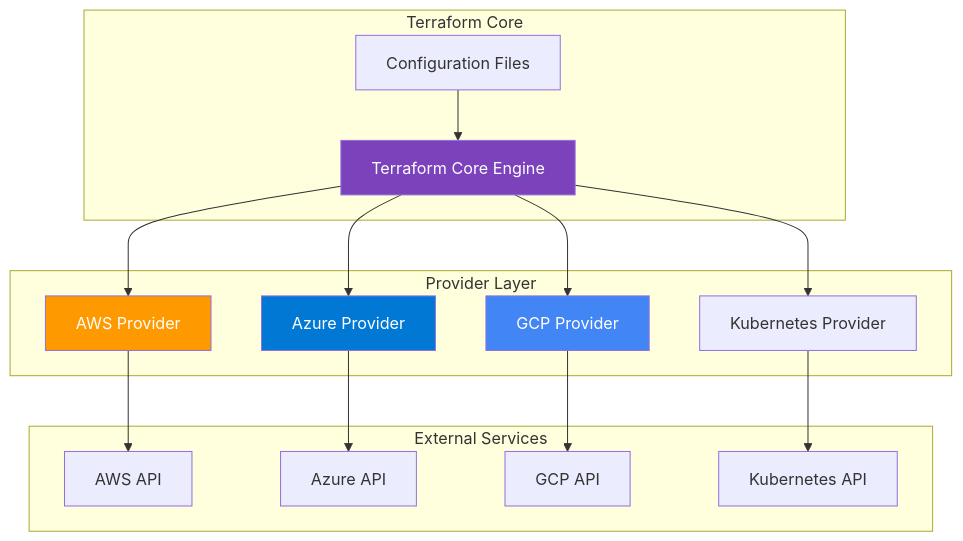
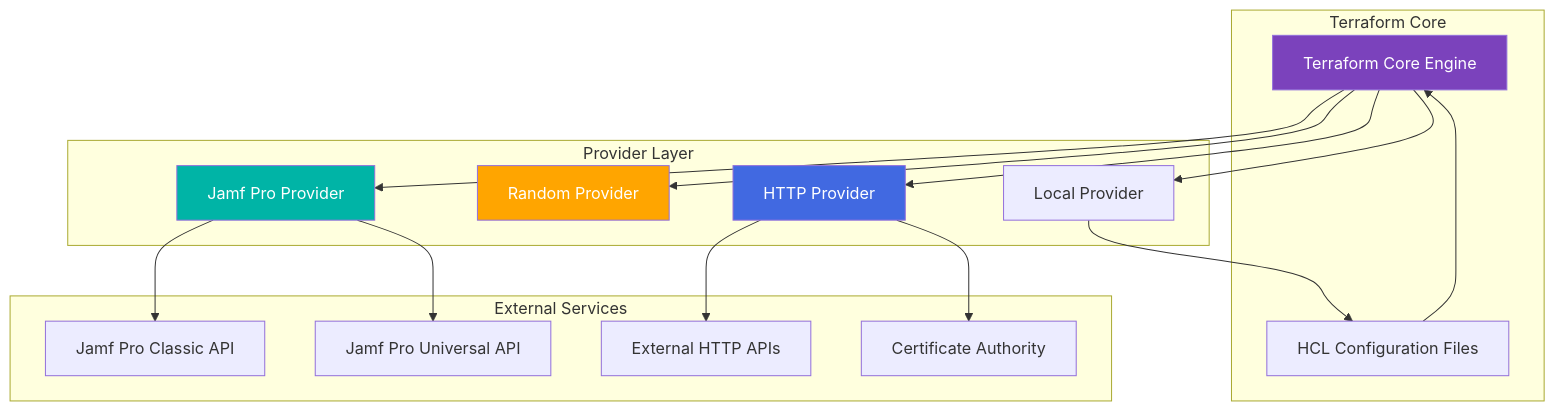
One commit to simondbrooke/terraform-training-jamfpro changed the diagram in training_materials/terraform/module_06_terraform_providers.md. Above: the diagram before and after it, drawn with Mermaid. The commit also changed other lines of this file and 1 other file, not shown here.

````diff
--- a/training_materials/terraform/module_06_terraform_providers.md
+++ b/training_materials/terraform/module_06_terraform_providers.md
@@ -31,37 +31,38 @@
 ```mermaid
 graph TB
     subgraph "Terraform Core"
         TC[Terraform Core Engine]
-        Config[Configuration Files]
+        Config[HCL Configuration Files]
     end
     
     subgraph "Provider Layer"
-        AWS[AWS Provider]
-        Azure[Azure Provider]
-        GCP[GCP Provider]
-        K8s[Kubernetes Provider]
+        JamfPro[Jamf Pro Provider]
+        Random[Random Provider]
+        HTTP[HTTP Provider]
+        Local[Local Provider]
     end
     
     subgraph "External Services"
-        AWSAPI[AWS API]
-        AzureAPI[Azure API]
-        GCPAPI[GCP API]
-        K8sAPI[Kubernetes API]
+        JamfAPI[Jamf Pro Classic API]
+        JamfUAPI[Jamf Pro Universal API]
+        CertAuth[Certificate Authority]
+        HTTPAPI[External HTTP APIs]
     end
     
     Config --> TC
-    TC --> AWS
-    TC --> Azure
-    TC --> GCP
-    TC --> K8s
+    TC --> JamfPro
+    TC --> Random
+    TC --> HTTP
+    TC --> Local
     
-    AWS --> AWSAPI
-    Azure --> AzureAPI
-    GCP --> GCPAPI
-    K8s --> K8sAPI
+    JamfPro --> JamfAPI
+    JamfPro --> JamfUAPI
+    HTTP --> HTTPAPI
+    HTTP --> CertAuth
+    Local --> Config
     
     style TC fill:#7B42BC,color:#fff
-    style AWS fill:#FF9900,color:#fff
-    style Azure fill:#0078D4,color:#fff
-    style GCP fill:#4285F4,color:#fff
+    style JamfPro fill:#00B4A6,color:#fff
+    style Random fill:#FFA500,color:#fff
+    style HTTP fill:#4169E1,color:#fff
 ```
````
